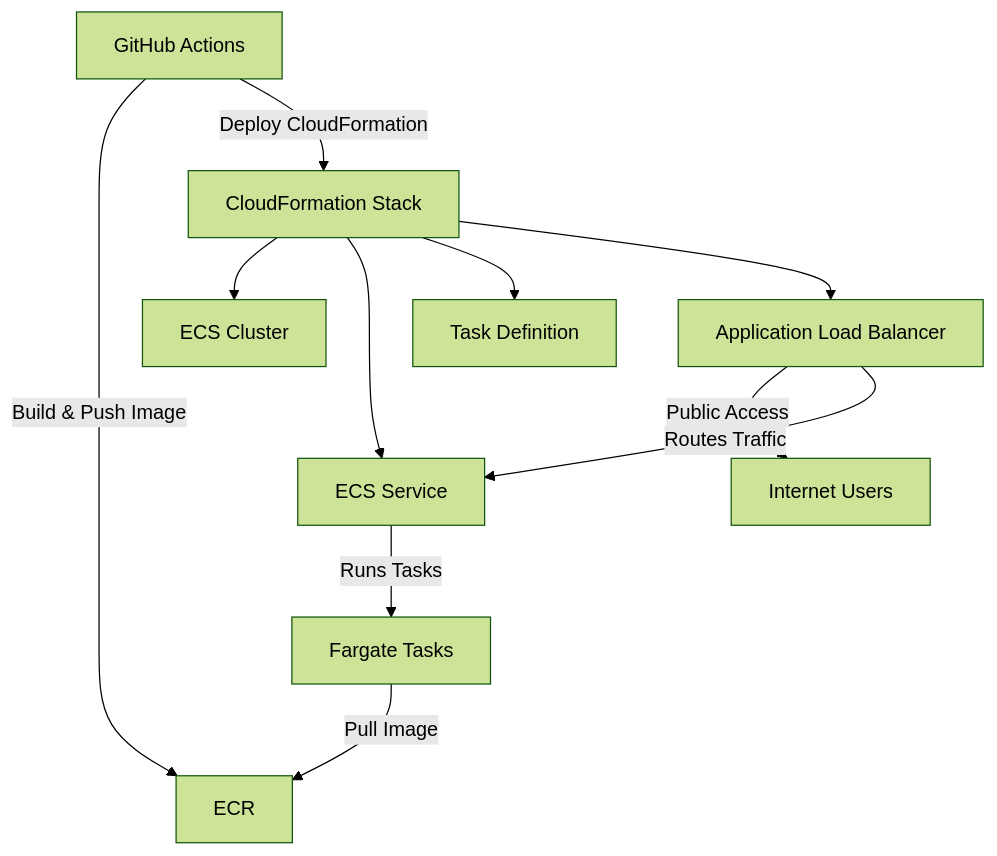
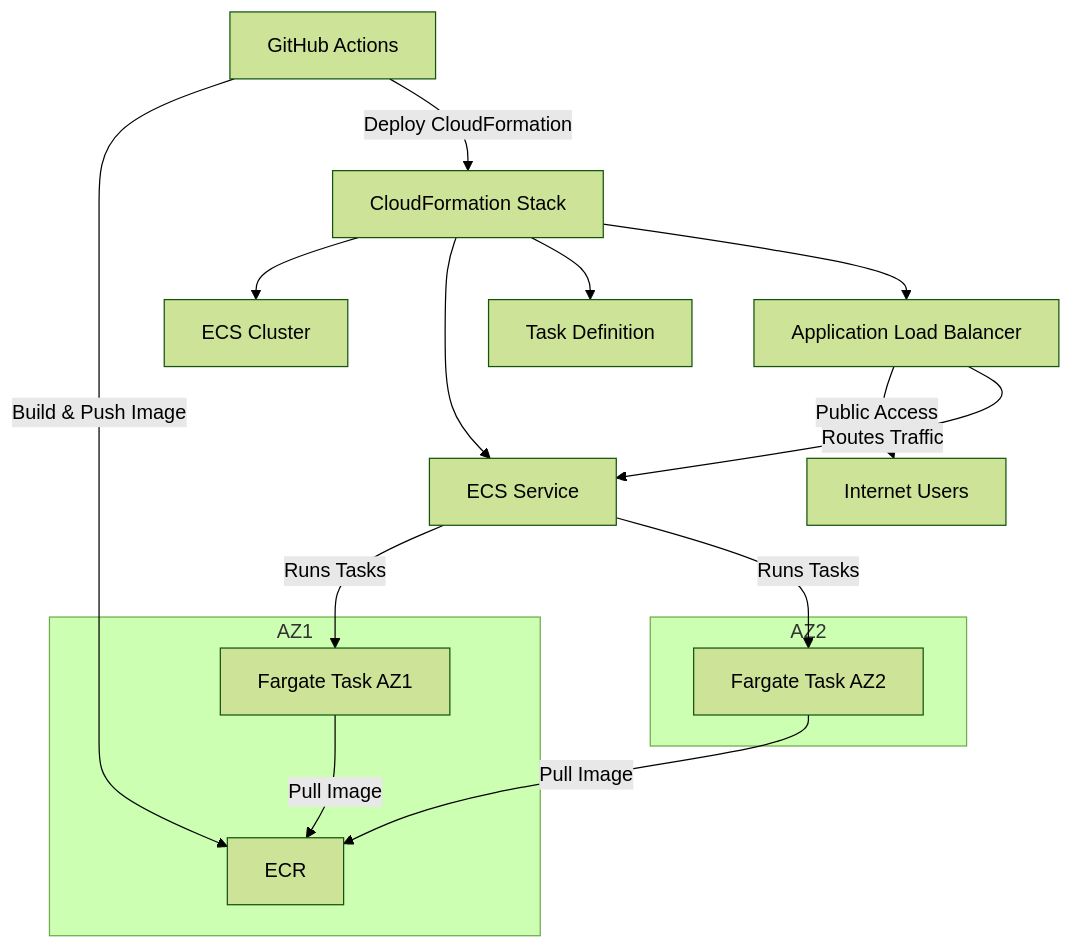
The diagram in README.md (yangmengps2/homework1), drawn with Mermaid (forest theme) before and after one commit. The commit also changed other lines of this file and 2 other files, not shown here.

````diff
--- a/README.md
+++ b/README.md
@@ -11,16 +15,24 @@
 ```mermaid
 flowchart TD
     A[GitHub Actions] -->|Build & Push Image| B[ECR]
     A -->|Deploy CloudFormation| C[CloudFormation Stack]
 
     C --> D[ECS Cluster]
     C --> E[ECS Service]
     C --> F[Task Definition]
     C --> G[Application Load Balancer]
 
-    E -->|Runs Tasks| H[Fargate Tasks]
-    H -->|Pull Image| B
+    subgraph AZ1
+        H1[Fargate Task AZ1] -->|Pull Image| B
+    end
+
+    subgraph AZ2
+        H2[Fargate Task AZ2] -->|Pull Image| B
+    end
+
+    E -->|Runs Tasks| H1
+    E -->|Runs Tasks| H2
 
     G -->|Public Access| I[Internet Users]
     G -->|Routes Traffic| E
 ```
````
